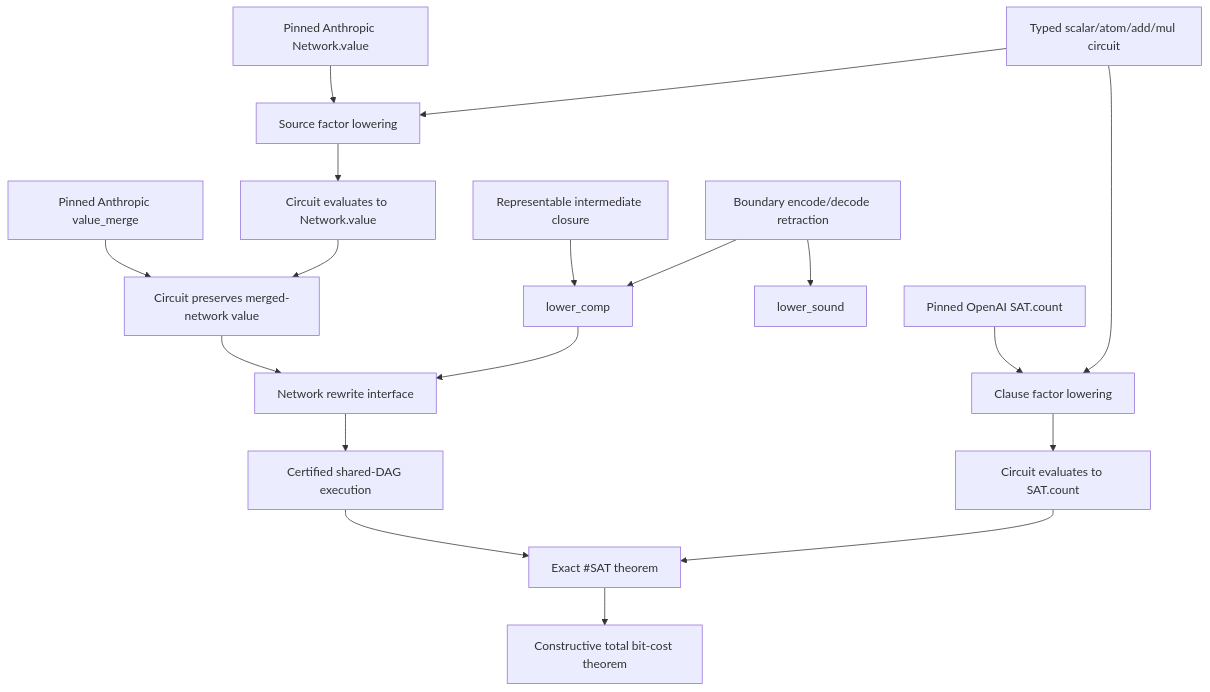
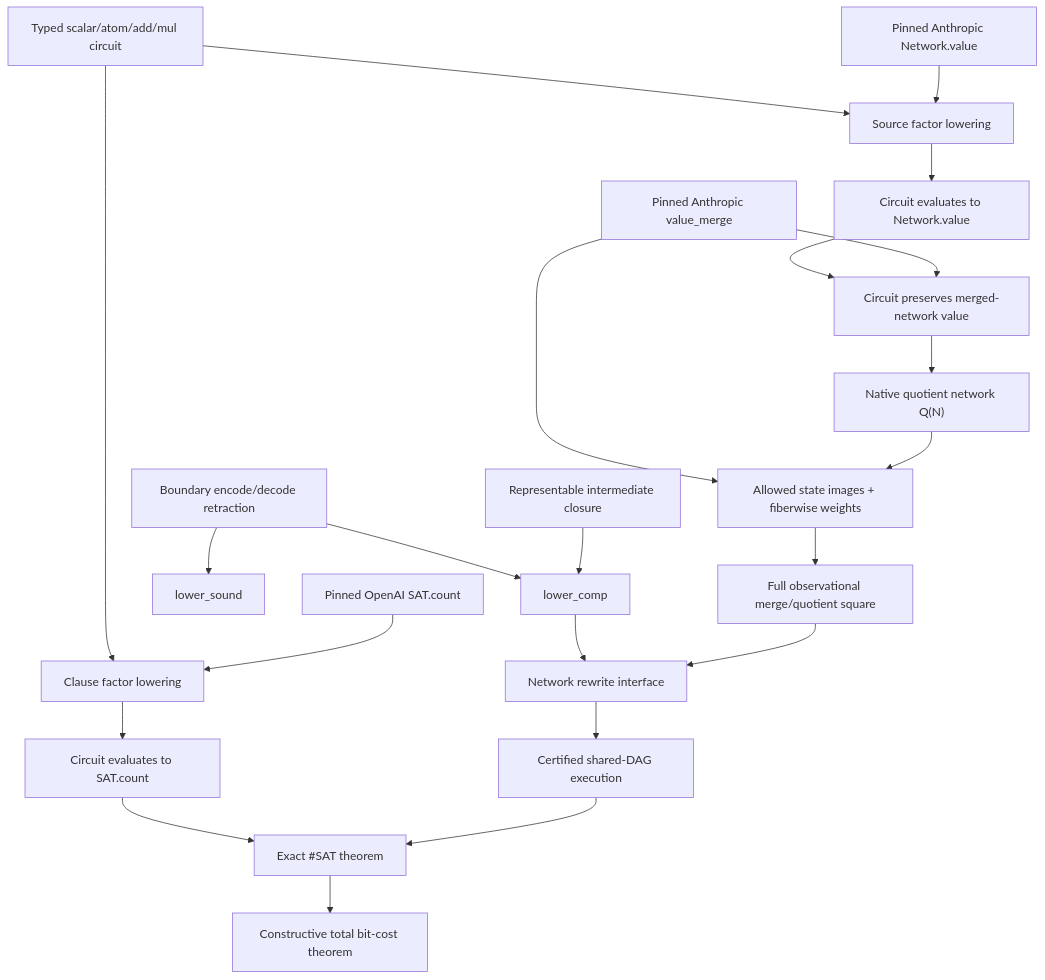
Before and after one commit to laurajoyhutchins/eth-disproof-rust: the diagram in research/circuit-ir-proof-dag.md, drawn with Mermaid. The commit also changed other lines of this file, not shown here.

Commit message:
Record verified full observational quotient/merge square and identity-kernel obstruction

````diff
--- a/research/circuit-ir-proof-dag.md
+++ b/research/circuit-ir-proof-dag.md
@@ -37,20 +37,24 @@
 ```mermaid
 flowchart TD
   N["Pinned Anthropic Network.value"] --> NF["Source factor lowering"]
   S["Pinned OpenAI SAT.count"] --> SF["Clause factor lowering"]
   IR["Typed scalar/atom/add/mul circuit"] --> NF
   IR --> SF
   NF --> NV["Circuit evaluates to Network.value"]
   SF --> SV["Circuit evaluates to SAT.count"]
   VM["Pinned Anthropic value_merge"] --> NM["Circuit preserves merged-network value"]
   NV --> NM
   L["Boundary encode/decode retraction"] --> LC["lower_sound"]
   CL["Representable intermediate closure"] --> CMP["lower_comp"]
   L --> CMP
-  NM --> R["Network rewrite interface"]
+  NM --> Q["Native quotient network Q(N)"]
+  Q --> QS["Allowed state images + fiberwise weights"]
+  VM --> QS
+  QS --> SQ["Full observational merge/quotient square"]
+  SQ --> R["Network rewrite interface"]
   CMP --> R
   R --> D["Certified shared-DAG execution"]
   D --> CT["Exact #SAT theorem"]
   SV --> CT
   CT --> COST["Constructive total bit-cost theorem"]
 ```
````
